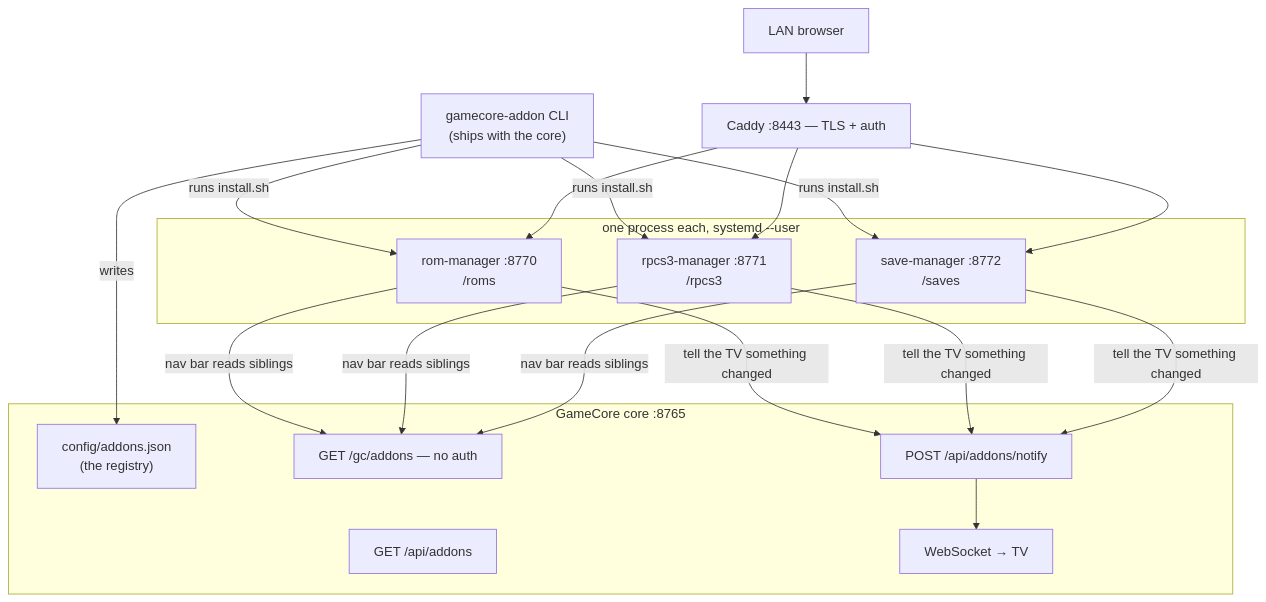
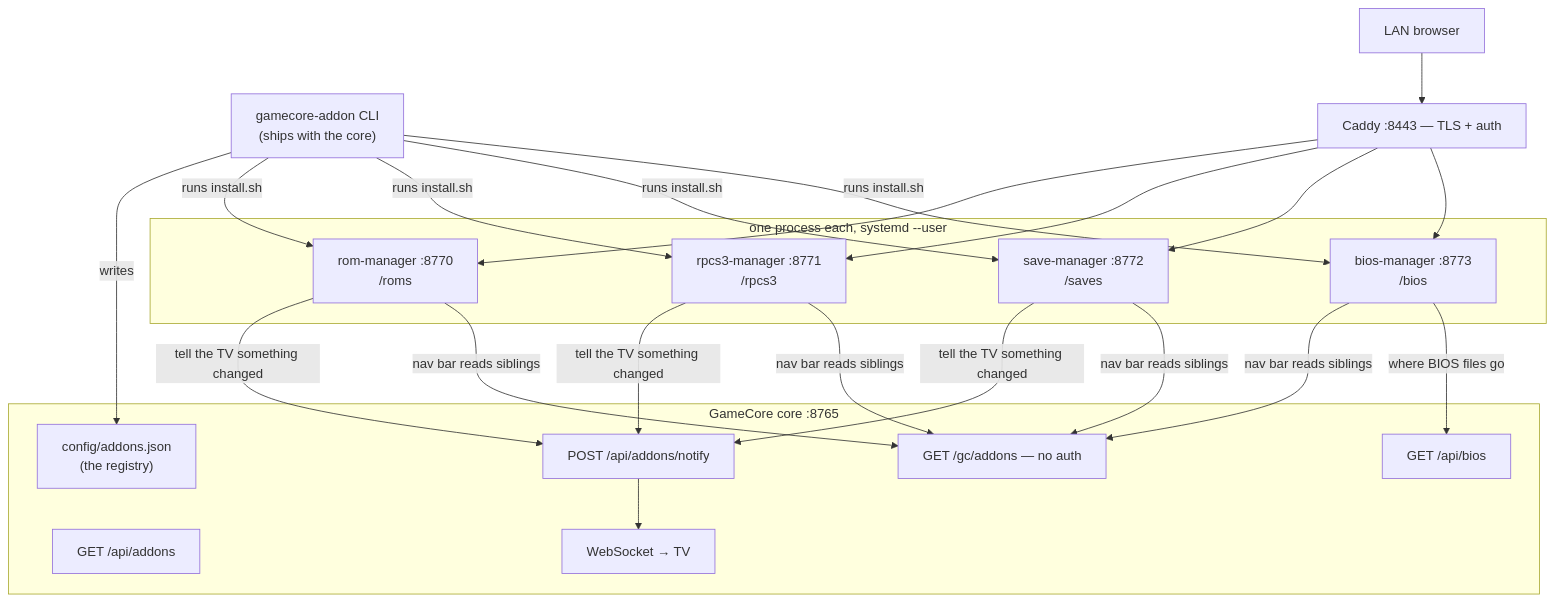
Before and after one commit to p4v1c/gamecore-addons: the diagram in docs/architecture/README.md, drawn with Mermaid. The commit also changed other lines of this file and 3 other files, not shown here.

First line of the commit message:
docs(bios-manager): list the addon and map how it files a BIOS

````diff
--- a/docs/architecture/README.md
+++ b/docs/architecture/README.md
@@ -35,25 +37,28 @@
 ```mermaid
 flowchart TB
     subgraph core["GameCore core :8765"]
         reg["config/addons.json<br/>(the registry)"]
         api1["GET /api/addons"]
         api2["GET /gc/addons — no auth"]
         api3["POST /api/addons/notify"]
+        api4["GET /api/bios"]
         ws["WebSocket → TV"]
     end
 
     cli["gamecore-addon CLI<br/>(ships with the core)"]
     cli -->|writes| reg
-    cli -->|runs install.sh| a1 & a2 & a3
+    cli -->|runs install.sh| a1 & a2 & a3 & a4
 
     subgraph addons["one process each, systemd --user"]
         a1["rom-manager :8770<br/>/roms"]
         a2["rpcs3-manager :8771<br/>/rpcs3"]
         a3["save-manager :8772<br/>/saves"]
+        a4["bios-manager :8773<br/>/bios"]
     end
 
     a1 & a2 & a3 -->|"tell the TV something changed"| api3 --> ws
-    a1 & a2 & a3 -->|"nav bar reads siblings"| api2
-    caddy["Caddy :8443 — TLS + auth"] --> a1 & a2 & a3
+    a1 & a2 & a3 & a4 -->|"nav bar reads siblings"| api2
+    a4 -->|"where BIOS files go"| api4
+    caddy["Caddy :8443 — TLS + auth"] --> a1 & a2 & a3 & a4
     lan["LAN browser"] --> caddy
 ```
````
